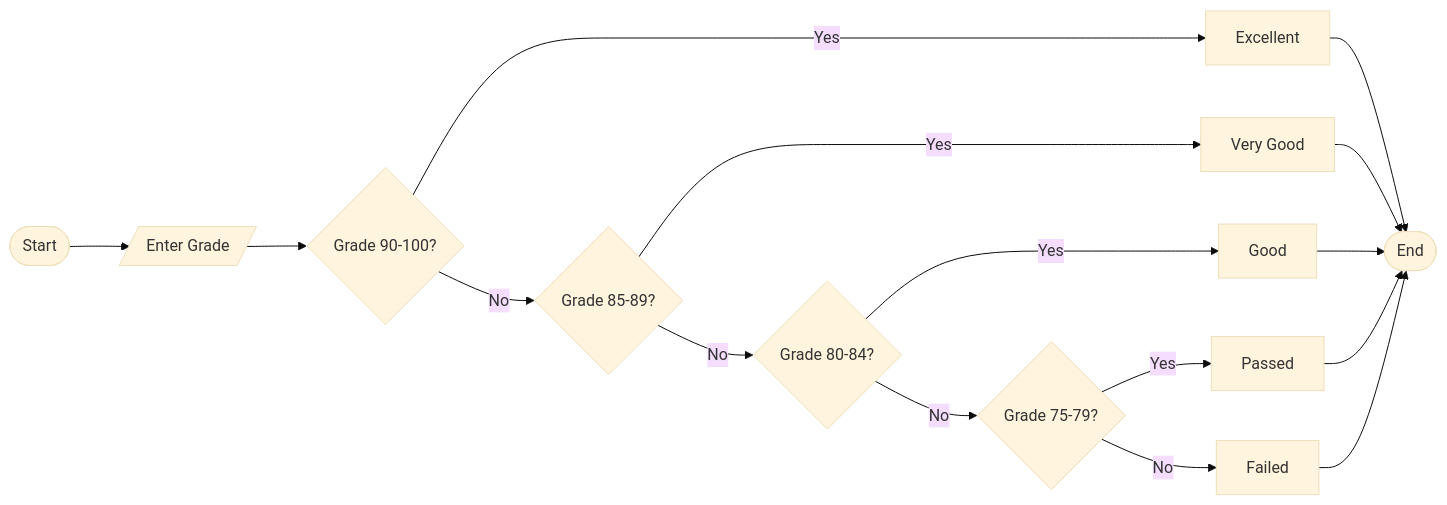
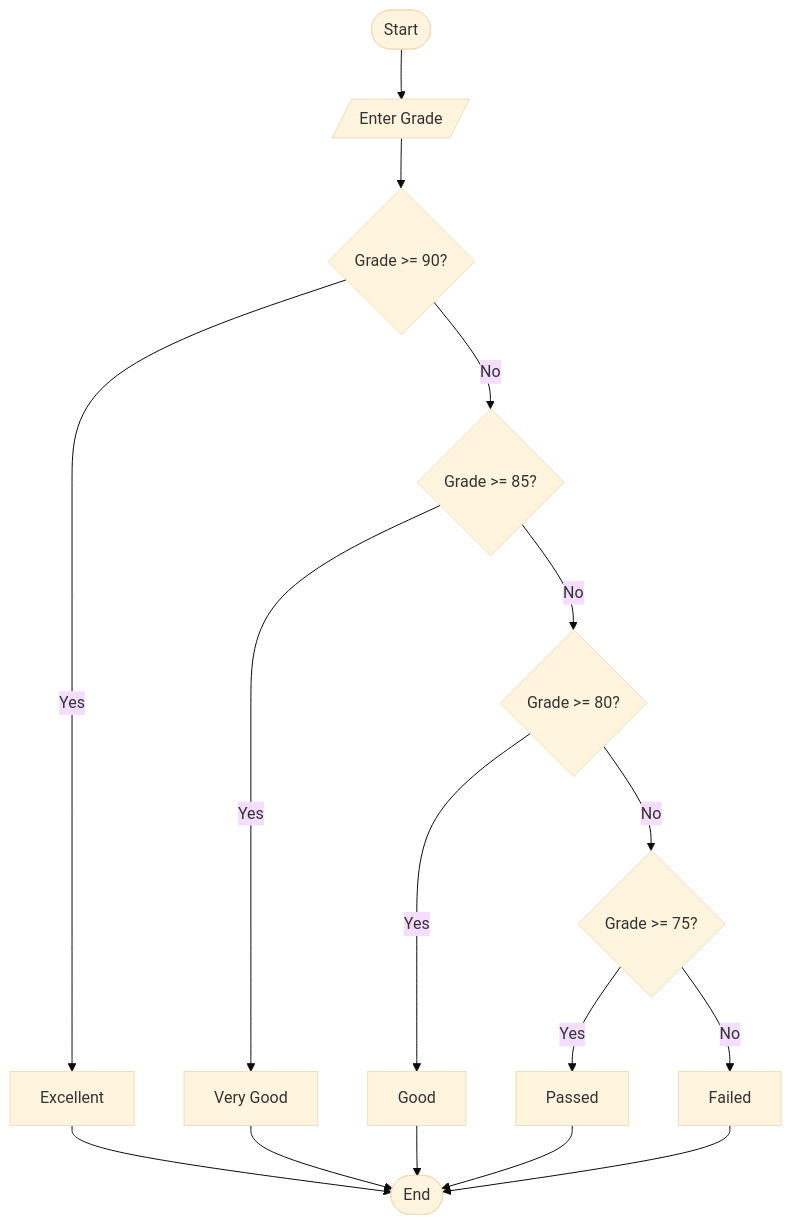
One commit to a4byv/TEST1 changed the diagram in problem1.MD. Above: the diagram before and after it, drawn with Mermaid (base theme).

````diff
--- a/problem1.MD
+++ b/problem1.MD
@@ -1,18 +1,23 @@
 ```mermaid
-flowchart LR
+flowchart TD
     A([Start]) --> B[/Enter Grade/]
-    B --> C{Grade 90-100?}
+    B --> C{Grade >= 90?}
+
     C -->|Yes| D[Excellent]
-    C -->|No| E{Grade 85-89?}
+    C -->|No| E{Grade >= 85?}
+
     E -->|Yes| F[Very Good]
-    E -->|No| G{Grade 80-84?}
+    E -->|No| G{Grade >= 80?}
+
     G -->|Yes| H[Good]
-    G -->|No| I{Grade 75-79?}
+    G -->|No| I{Grade >= 75?}
+
     I -->|Yes| J[Passed]
     I -->|No| K[Failed]
+
     D --> L([End])
     F --> L
     H --> L
     J --> L
     K --> L
 ```
````
